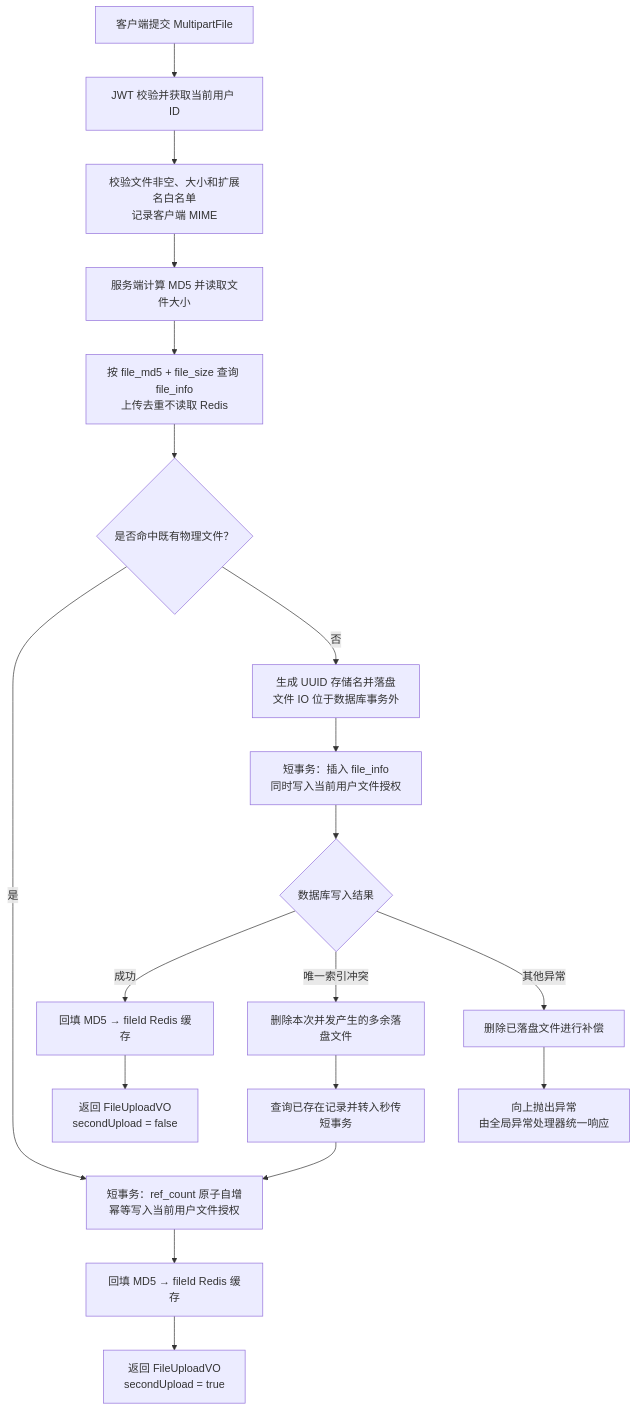
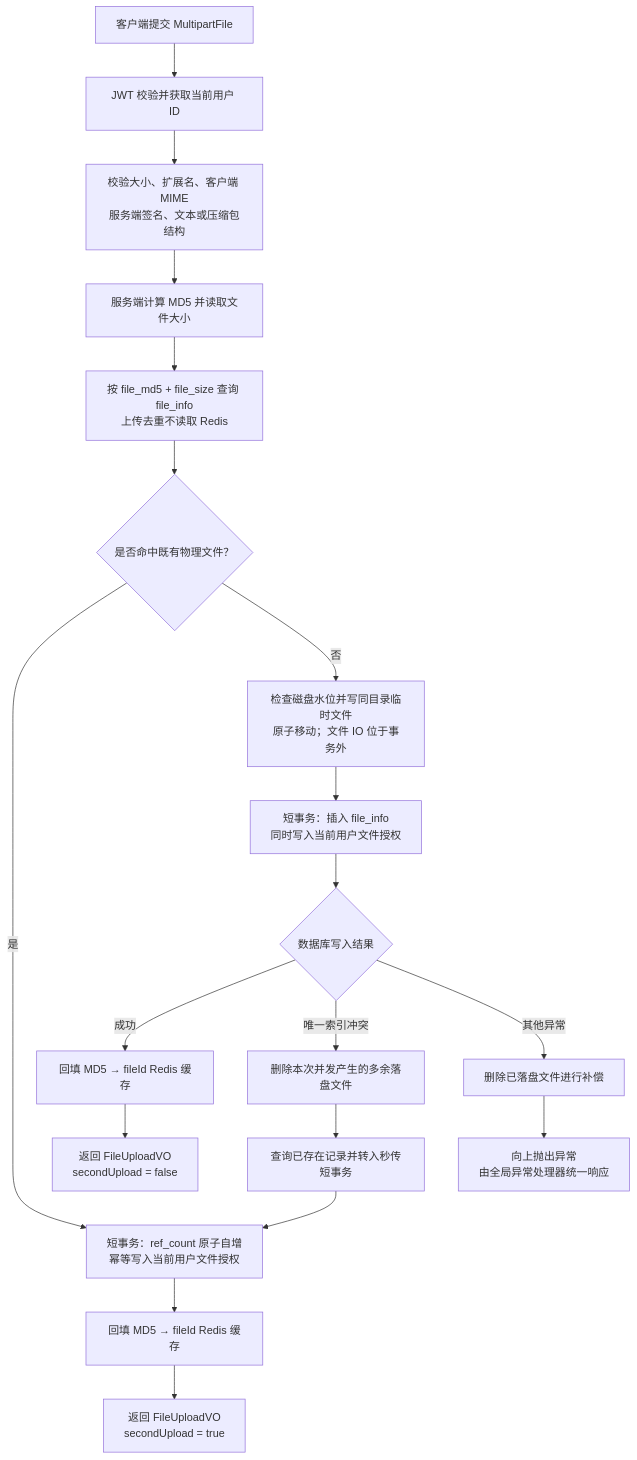
The first of 2 diagrams in docs/modules/03-file-upload-development-process.md (clear48/campus-resource-platform), drawn with Mermaid before and after one commit. The commit also changed other lines of this file and 8 other files, not shown here.

````diff
--- a/docs/modules/03-file-upload-development-process.md
+++ b/docs/modules/03-file-upload-development-process.md
@@ -187,25 +188,25 @@
 ```mermaid
 flowchart TD
     A["客户端提交 MultipartFile"] --> B["JWT 校验并获取当前用户 ID"]
-    B --> C["校验文件非空、大小和扩展名白名单<br/>记录客户端 MIME"]
+    B --> C["校验大小、扩展名、客户端 MIME<br/>服务端签名、文本或压缩包结构"]
     C --> D["服务端计算 MD5 并读取文件大小"]
     D --> E["按 file_md5 + file_size 查询 file_info<br/>上传去重不读取 Redis"]
     E --> F{"是否命中既有物理文件？"}
 
     F -- "是" --> G["短事务：ref_count 原子自增<br/>幂等写入当前用户文件授权"]
     G --> H["回填 MD5 → fileId Redis 缓存"]
     H --> I["返回 FileUploadVO<br/>secondUpload = true"]
 
-    F -- "否" --> J["生成 UUID 存储名并落盘<br/>文件 IO 位于数据库事务外"]
+    F -- "否" --> J["检查磁盘水位并写同目录临时文件<br/>原子移动；文件 IO 位于事务外"]
     J --> K["短事务：插入 file_info<br/>同时写入当前用户文件授权"]
     K --> L{"数据库写入结果"}
     L -- "成功" --> M["回填 MD5 → fileId Redis 缓存"]
     M --> N["返回 FileUploadVO<br/>secondUpload = false"]
 
     L -- "唯一索引冲突" --> O["删除本次并发产生的多余落盘文件"]
     O --> P["查询已存在记录并转入秒传短事务"]
     P --> G
 
     L -- "其他异常" --> Q["删除已落盘文件进行补偿"]
     Q --> R["向上抛出异常<br/>由全局异常处理器统一响应"]
 ```
````
